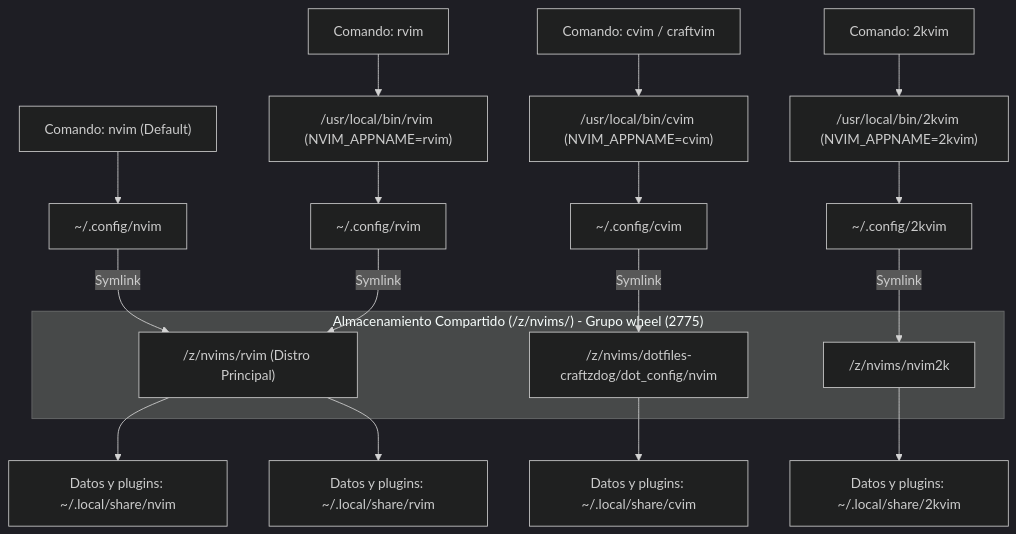
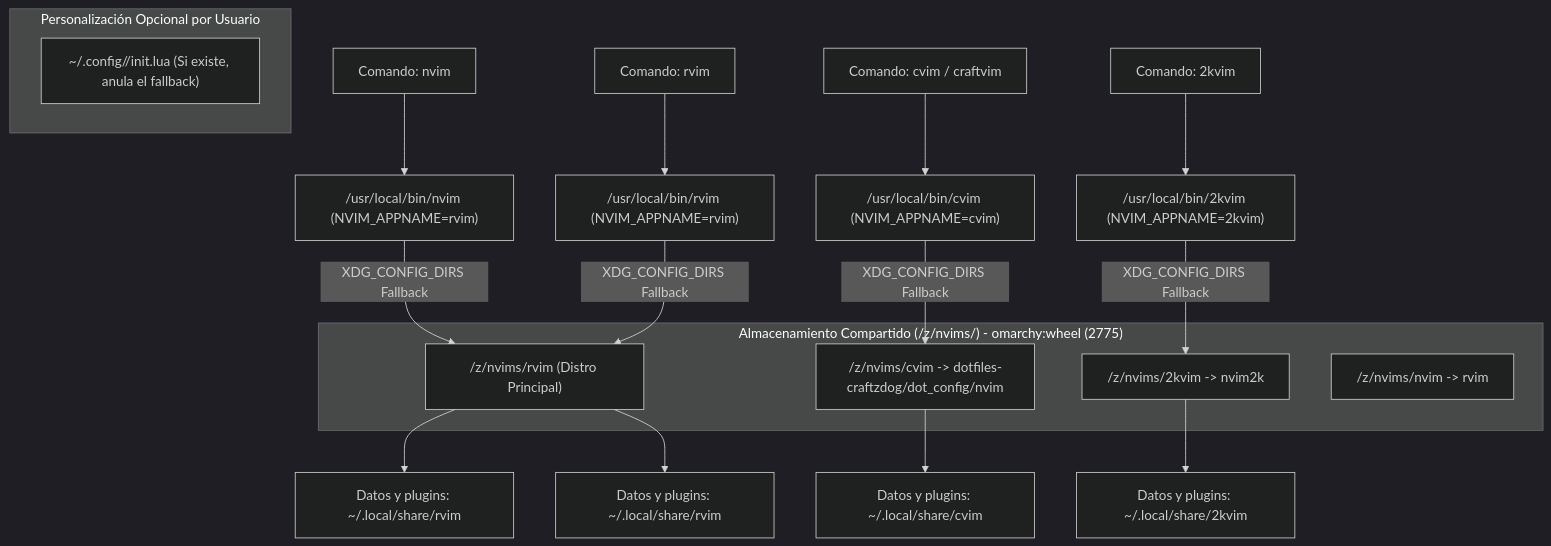
One commit to robert-flo/PJ-NIRI-rf-omarchy-workstation changed the diagram in 05 - Suite de Desarrollo Neovim/05.1 - Arquitectura Neovim Dual Compartida (z-nvims).md. Above: the diagram before and after it, drawn with Mermaid (dark theme). The commit also changed other lines of this file and 24 other files, not shown here.

Commit message:
feat(nvims-sync): resolucion nativa XDG sin symlinks y saneamiento de rclone

````diff
--- a/05 - Suite de Desarrollo Neovim/05.1 - Arquitectura Neovim Dual Compartida (z-nvims).md
+++ b/05 - Suite de Desarrollo Neovim/05.1 - Arquitectura Neovim Dual Compartida (z-nvims).md
@@ -32,27 +34,29 @@
 ```mermaid
 flowchart TD
-    subgraph Shared["Almacenamiento Compartido (/z/nvims/) - Grupo wheel (2775)"]
+    subgraph Shared["Almacenamiento Compartido (/z/nvims/) - omarchy:wheel (2775)"]
         RvimRepo["/z/nvims/rvim (Distro Principal)"]
-        CraftzRepo["/z/nvims/dotfiles-craftzdog/dot_config/nvim"]
-        K2Repo["/z/nvims/nvim2k"]
+        CraftzRepo["/z/nvims/cvim -> dotfiles-craftzdog/dot_config/nvim"]
+        K2Repo["/z/nvims/2kvim -> nvim2k"]
+        NvimAlias["/z/nvims/nvim -> rvim"]
     end
     
-    UserCmdNvim["Comando: nvim (Default)"] --> NvimConf["~/.config/nvim"]
-    NvimConf -->|Symlink| RvimRepo
-    RvimRepo --> StateNvim["Datos y plugins: ~/.local/share/nvim"]
+    UserCmdNvim["Comando: nvim"] --> NvimBin["/usr/local/bin/nvim (NVIM_APPNAME=rvim)"]
+    NvimBin -->|XDG_CONFIG_DIRS Fallback| RvimRepo
+    RvimRepo --> StateNvim["Datos y plugins: ~/.local/share/rvim"]
 
     UserCmdRvim["Comando: rvim"] --> RvimBin["/usr/local/bin/rvim (NVIM_APPNAME=rvim)"]
-    RvimBin --> RvimConf["~/.config/rvim"]
-    RvimConf -->|Symlink| RvimRepo
+    RvimBin -->|XDG_CONFIG_DIRS Fallback| RvimRepo
     RvimRepo --> StateRvim["Datos y plugins: ~/.local/share/rvim"]
     
     UserCmdCvim["Comando: cvim / craftvim"] --> CvimBin["/usr/local/bin/cvim (NVIM_APPNAME=cvim)"]
-    CvimBin --> CvimConf["~/.config/cvim"]
-    CvimConf -->|Symlink| CraftzRepo
+    CvimBin -->|XDG_CONFIG_DIRS Fallback| CraftzRepo
     CraftzRepo --> StateCvim["Datos y plugins: ~/.local/share/cvim"]
 
     UserCmd2k["Comando: 2kvim"] --> K2Bin["/usr/local/bin/2kvim (NVIM_APPNAME=2kvim)"]
-    K2Bin --> K2Conf["~/.config/2kvim"]
-    K2Conf -->|Symlink| K2Repo
+    K2Bin -->|XDG_CONFIG_DIRS Fallback| K2Repo
     K2Repo --> State2k["Datos y plugins: ~/.local/share/2kvim"]
+
+    subgraph OptionalOverride["Personalización Opcional por Usuario"]
+        UserCustom["~/.config/<NVIM_APPNAME>/init.lua (Si existe, anula el fallback)"]
+    end
 ```
````
